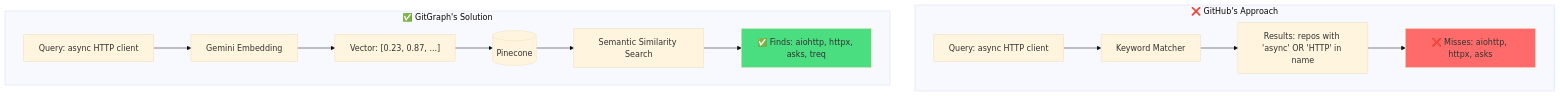
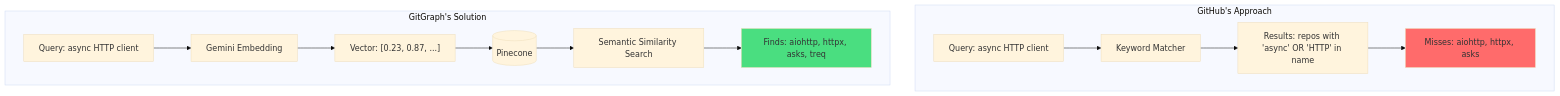
One commit to Ramakrishna1967/GitGraph changed the third of 22 diagrams in ARCHITECTURE.md. Above: the diagram before and after it, drawn with Mermaid (base theme). The commit also changed other lines of this file, not shown here.

````diff
--- a/ARCHITECTURE.md
+++ b/ARCHITECTURE.md
@@ -93,19 +93,19 @@
 ```mermaid
 flowchart TB
-    subgraph "❌ GitHub's Approach"
+    subgraph " GitHub's Approach"
         Q1["Query: async HTTP client"] --> KW[Keyword Matcher]
         KW --> R1["Results: repos with 'async' OR 'HTTP' in name"]
-        R1 --> MISS["❌ Misses: aiohttp, httpx, asks"]
+        R1 --> MISS[" Misses: aiohttp, httpx, asks"]
     end
     
-    subgraph "✅ GitGraph's Solution"
+    subgraph " GitGraph's Solution"
         Q2["Query: async HTTP client"] --> EMB[Gemini Embedding]
         EMB --> VEC["Vector: [0.23, 0.87, ...]"]
         VEC --> PC[(Pinecone)]
         PC --> SEM["Semantic Similarity Search"]
-        SEM --> HIT["✅ Finds: aiohttp, httpx, asks, treq"]
+        SEM --> HIT[" Finds: aiohttp, httpx, asks, treq"]
     end
     
     style MISS fill:#ff6b6b
     style HIT fill:#4ade80
 ```
````
